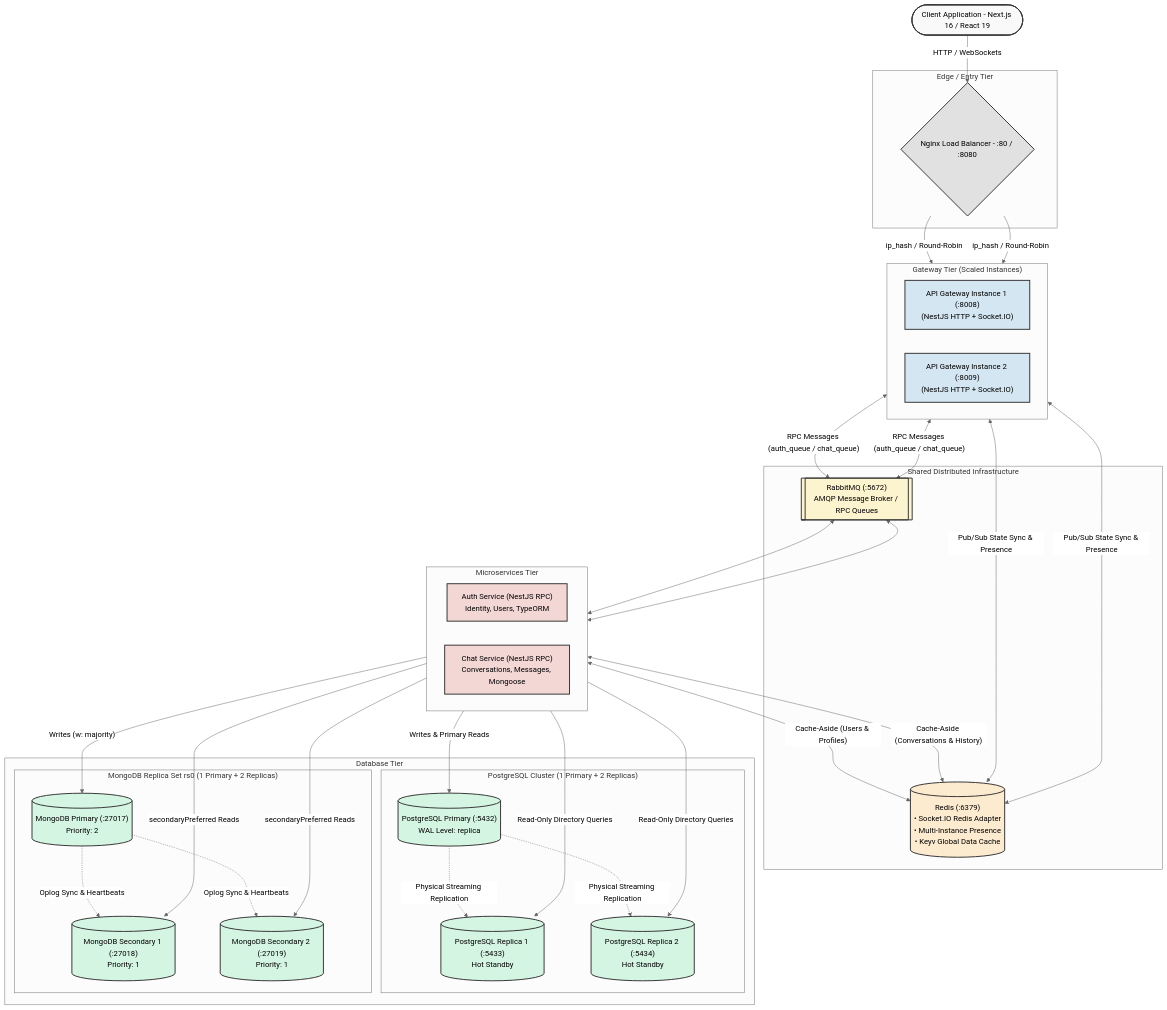
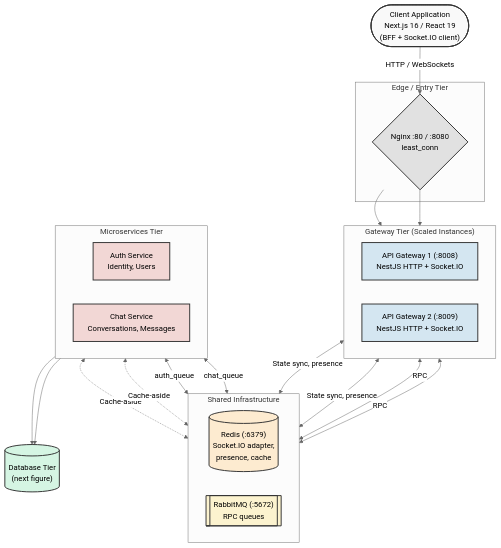
The first of 13 diagrams in distributed_system_report.md (vunhat0501/messenger-clone-microservice), drawn with Mermaid (neutral theme) before and after one commit. The commit also changed other lines of this file and 31 other files, not shown here.

Commit message:
docs: redraw architecture and workflow diagrams, fix ERD types and failover notes

````diff
--- a/distributed_system_report.md
+++ b/distributed_system_report.md
@@ -22,76 +26,43 @@
   classDef cache fill:#fdebd0,stroke:#333,stroke-width:2px,color:black;
   classDef db fill:#d5f5e3,stroke:#333,stroke-width:2px,color:black;
 
-  Client(["Client Application - Next.js 16 / React 19"]):::client
+  Client(["Client Application<br/>Next.js 16 / React 19<br/>(BFF + Socket.IO client)"]):::client
 
   subgraph Edge ["Edge / Entry Tier"]
-    LB{"Nginx Load Balancer - :80 / :8080"}:::edge
+    LB{"Nginx :80 / :8080<br/>least_conn"}:::edge
   end
 
   subgraph Gateways ["Gateway Tier (Scaled Instances)"]
     direction LR
-    GW1["API Gateway Instance 1 (:8008)<br/>(NestJS HTTP + Socket.IO)"]:::gateway
-    GW2["API Gateway Instance 2 (:8009)<br/>(NestJS HTTP + Socket.IO)"]:::gateway
+    GW1["API Gateway 1 (:8008)<br/>NestJS HTTP + Socket.IO"]:::gateway
+    GW2["API Gateway 2 (:8009)<br/>NestJS HTTP + Socket.IO"]:::gateway
   end
 
-  subgraph Infrastructure ["Shared Distributed Infrastructure"]
-    PubSub[("Redis (:6379)<br/>• Socket.IO Redis Adapter<br/>• Multi-Instance Presence<br/>• Keyv Global Data Cache")]:::cache
-    Broker[["RabbitMQ (:5672)<br/>AMQP Message Broker / RPC Queues"]]:::broker
+  subgraph Infrastructure ["Shared Infrastructure"]
+    direction LR
+    PubSub[("Redis (:6379)<br/>Socket.IO adapter,<br/>presence, cache")]:::cache
+    Broker[["RabbitMQ (:5672)<br/>RPC queues"]]:::broker
   end
 
   subgraph Services ["Microservices Tier"]
     direction LR
-    AuthSvc["Auth Service (NestJS RPC)<br/>Identity, Users, TypeORM"]:::service
-    ChatSvc["Chat Service (NestJS RPC)<br/>Conversations, Messages, Mongoose"]:::service
+    AuthSvc["Auth Service<br/>Identity, Users"]:::service
+    ChatSvc["Chat Service<br/>Conversations, Messages"]:::service
   end
 
-  subgraph Databases ["Database Tier"]
-    subgraph RelationalDB ["PostgreSQL Cluster (1 Primary + 2 Replicas)"]
-      SQL_Pri[("PostgreSQL Primary (:5432)<br/>WAL Level: replica")]:::db
-      SQL_Rep[("PostgreSQL Replica 1 (:5433)<br/>Hot Standby")]:::db
-      SQL_Rep2[("PostgreSQL Replica 2 (:5434)<br/>Hot Standby")]:::db
-    end
+  Data[("Database Tier<br/>(next figure)")]:::db
 
-    subgraph DocumentDB ["MongoDB Replica Set rs0 (1 Primary + 2 Replicas)"]
-      NoSQL_Pri[("MongoDB Primary (:27017)<br/>Priority: 2")]:::db
-      NoSQL_Rep[("MongoDB Secondary 1 (:27018)<br/>Priority: 1")]:::db
-      NoSQL_Rep2[("MongoDB Secondary 2 (:27019)<br/>Priority: 1")]:::db
-    end
-  end
-
-  %% Client to Edge
   Client -->|"HTTP / WebSockets"| LB
-
-  %% Load Balancing to Gateways
-  LB -->|"ip_hash / Round-Robin"| GW1
-  LB -->|"ip_hash / Round-Robin"| GW2
-
-  %% Gateway WebSocket Syncing & Presence via Redis
-  GW1 <-->|"Pub/Sub State Sync & Presence"| PubSub
-  GW2 <-->|"Pub/Sub State Sync & Presence"| PubSub
-
-  %% Gateway to Microservices via RabbitMQ
-  GW1 <-->|"RPC Messages (auth_queue / chat_queue)"| Broker
-  GW2 <-->|"RPC Messages (auth_queue / chat_queue)"| Broker
-
-  Broker <--> AuthSvc
-  Broker <--> ChatSvc
-
-  %% Microservices to Redis Distributed Cache
-  AuthSvc <-->|"Cache-Aside (Users & Profiles)"| PubSub
-  ChatSvc <-->|"Cache-Aside (Conversations & History)"| PubSub
-
-  %% Services to Relational Database
-  AuthSvc -->|"Writes & Primary Reads"| SQL_Pri
-  AuthSvc -->|"Read-Only Directory Queries"| SQL_Rep
-  AuthSvc -->|"Read-Only Directory Queries"| SQL_Rep2
-  SQL_Pri -.->|"Physical Streaming Replication"| SQL_Rep
-  SQL_Pri -.->|"Physical Streaming Replication"| SQL_Rep2
-
-  %% Services to Document Database
-  ChatSvc -->|"Writes (w: majority)"| NoSQL_Pri
-  ChatSvc -->|"secondaryPreferred Reads"| NoSQL_Rep
-  ChatSvc -->|"secondaryPreferred Reads"| NoSQL_Rep2
-  NoSQL_Pri -.->|"Oplog Sync & Heartbeats"| NoSQL_Rep
-  NoSQL_Pri -.->|"Oplog Sync & Heartbeats"| NoSQL_Rep2
+  LB --> GW1
+  LB --> GW2
+  GW1 <-->|"State sync, presence"| PubSub
+  GW2 <-->|"State sync, presence"| PubSub
+  GW1 <-->|"RPC"| Broker
+  GW2 <-->|"RPC"| Broker
+  Broker <-->|"auth_queue"| AuthSvc
+  Broker <-->|"chat_queue"| ChatSvc
+  AuthSvc <-.->|"Cache-aside"| PubSub
+  ChatSvc <-.->|"Cache-aside"| PubSub
+  AuthSvc --> Data
+  ChatSvc --> Data
 ```
````
